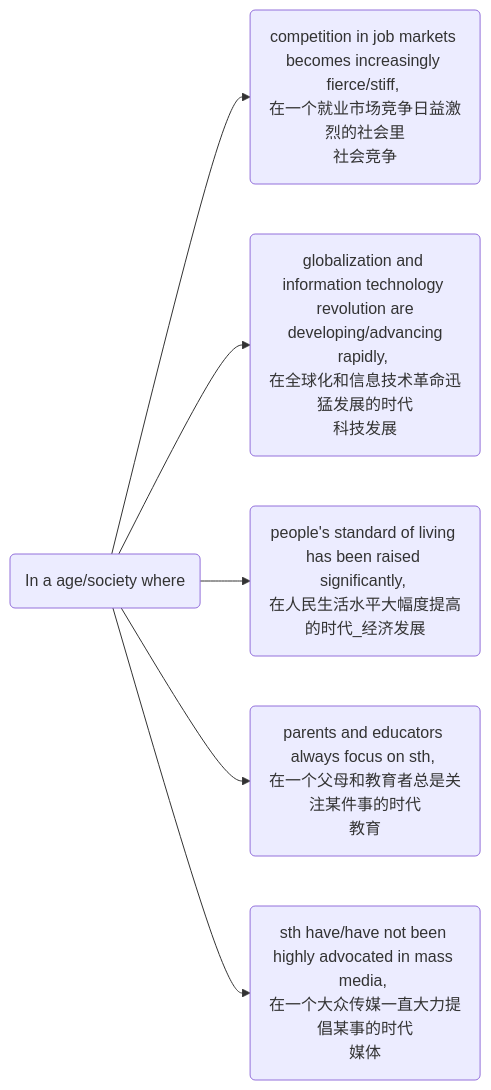
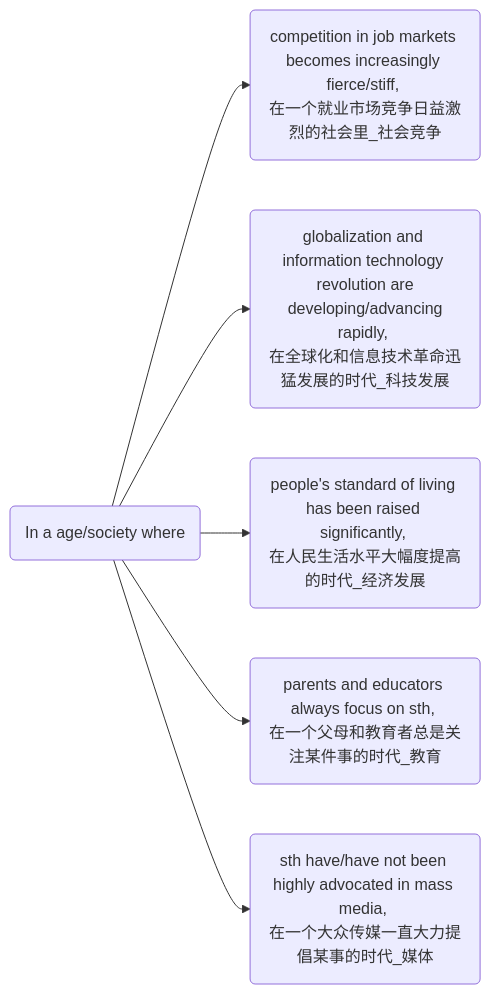
Before and after one commit to simoonp/little-project: the third of 7 diagrams in 六级.md, drawn with Mermaid. The commit also changed other lines of this file, not shown here.

````diff
--- a/六级.md
+++ b/六级.md
@@ -82,9 +82,9 @@
 ```mermaid
 graph LR;
 O1(In a age/society where )
-O1-->A1(competition in job markets becomes increasingly fierce/stiff, <br>在一个就业市场竞争日益激烈的社会里<br>社会竞争)
-O1-->A2(globalization and information technology revolution are<br> developing/advancing rapidly, <br>在全球化和信息技术革命迅猛发展的时代<br>科技发展)
+O1-->A1(competition in job markets becomes increasingly fierce/stiff, <br>在一个就业市场竞争日益激烈的社会里_社会竞争)
+O1-->A2(globalization and information technology revolution are<br> developing/advancing rapidly, <br>在全球化和信息技术革命迅猛发展的时代_科技发展)
 O1-->A3(people's standard of living has been raised significantly, <br>在人民生活水平大幅度提高的时代_经济发展) 
-O1-->A4(parents and educators always focus on sth, <br>在一个父母和教育者总是关注某件事的时代<br>教育)
-O1-->A5(sth have/have not been highly advocated in mass media, <br>在一个大众传媒一直大力提倡某事的时代<br>媒体)
+O1-->A4(parents and educators always focus on sth, <br>在一个父母和教育者总是关注某件事的时代_教育)
+O1-->A5(sth have/have not been highly advocated in mass media, <br>在一个大众传媒一直大力提倡某事的时代_媒体)
 ```
````
